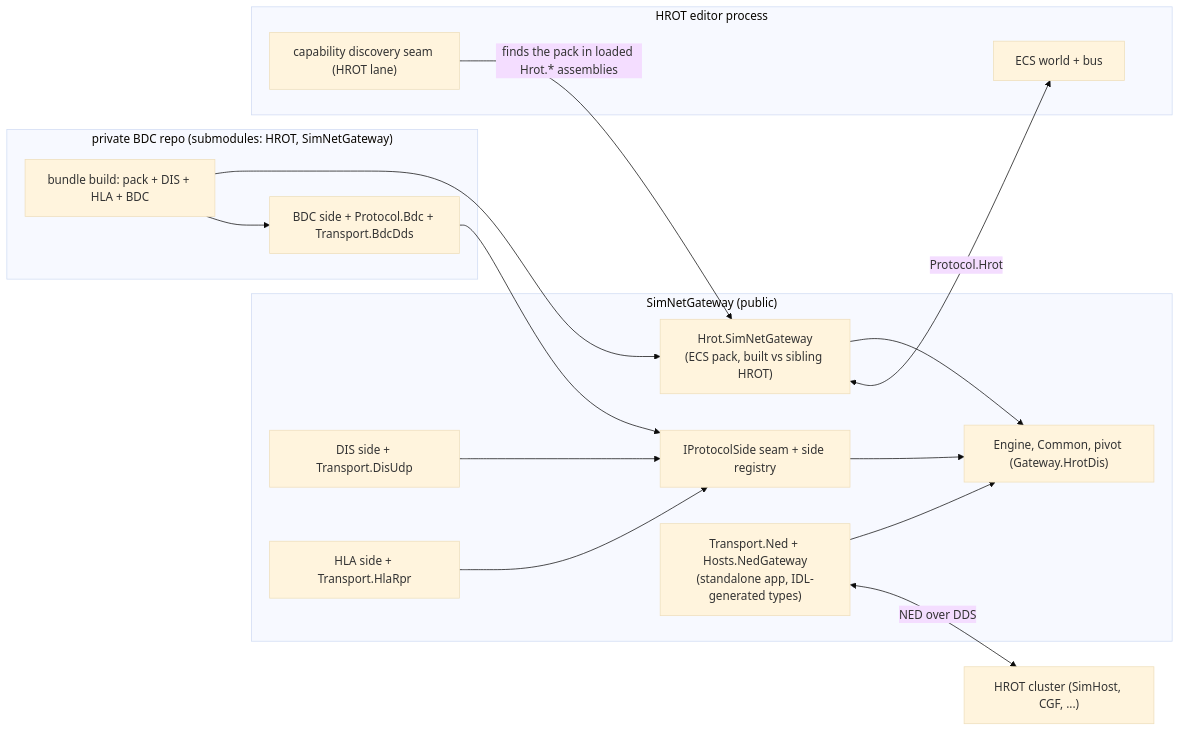
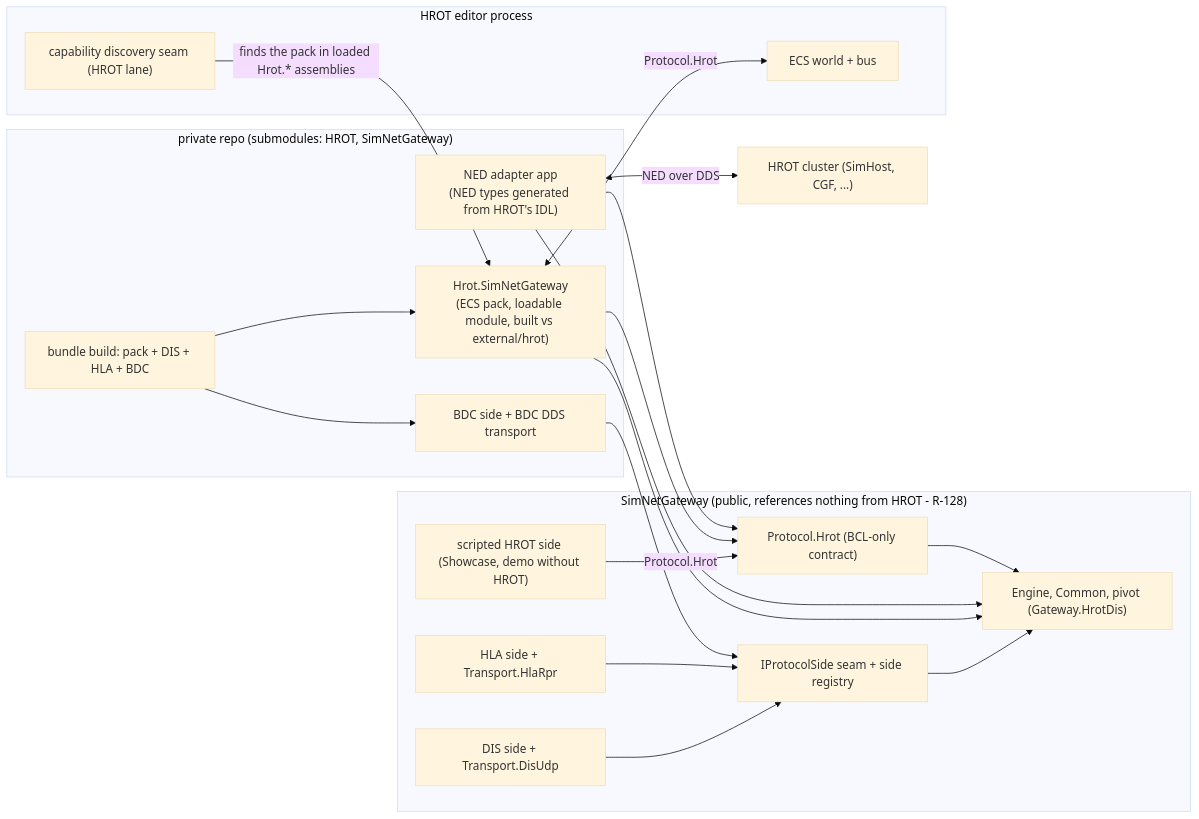
One commit to pjanec/SimNetGateway changed the first of 4 diagrams in docs/design/DD-011-Hrot-Adapters-Loadable-Module-And-Protocol-Sides.md. Above: the diagram before and after it, drawn with Mermaid (base theme). The commit also changed other lines of this file, not shown here.

Commit message:
T-026: DD-011 block diagram follows R-128 (pack, NED adapter and BDC in the private repo; SimNetGateway demos through the scripted HROT side); P-105 decision text marked replaced
Claude-Session: https://claude.ai/code/session_01NDPB7Jp7jQzPr73u2CdgiP

````diff
--- a/docs/design/DD-011-Hrot-Adapters-Loadable-Module-And-Protocol-Sides.md
+++ b/docs/design/DD-011-Hrot-Adapters-Loadable-Module-And-Protocol-Sides.md
@@ -33,30 +33,36 @@
 ```mermaid
 flowchart LR
-    subgraph PUB["SimNetGateway (public)"]
+    subgraph PUB["SimNetGateway (public, references nothing from HROT - R-128)"]
         CORE["Engine, Common, pivot (Gateway.HrotDis)"]
+        CONTRACT["Protocol.Hrot (BCL-only contract)"]
         SEAM["IProtocolSide seam + side registry"]
         DIS["DIS side + Transport.DisUdp"]
         HLA["HLA side + Transport.HlaRpr"]
-        PACK["Hrot.SimNetGateway<br/>(ECS pack, built vs sibling HROT)"]
-        NEDA["Transport.Ned + Hosts.NedGateway<br/>(standalone app, IDL-generated types)"]
+        SCRIPT["scripted HROT side (Showcase, demo without HROT)"]
     end
-    subgraph PRIV["private BDC repo (submodules: HROT, SimNetGateway)"]
-        BDC["BDC side + Protocol.Bdc + Transport.BdcDds"]
+    subgraph PRIV["private repo (submodules: HROT, SimNetGateway)"]
+        PACK["Hrot.SimNetGateway<br/>(ECS pack, loadable module, built vs external/hrot)"]
+        NEDA["NED adapter app<br/>(NED types generated from HROT's IDL)"]
+        BDC["BDC side + BDC DDS transport"]
         BUNDLE["bundle build: pack + DIS + HLA + BDC"]
     end
     subgraph HROT["HROT editor process"]
         DISC["capability discovery seam (HROT lane)"]
         ECS["ECS world + bus"]
     end
     DIS --> SEAM
     HLA --> SEAM
     BDC --> SEAM
     SEAM --> CORE
     PACK --> CORE
     NEDA --> CORE
+    SCRIPT -->|"Protocol.Hrot"| CONTRACT
+    PACK --> CONTRACT
+    NEDA --> CONTRACT
+    CONTRACT --> CORE
     BUNDLE --> PACK
     BUNDLE --> BDC
     DISC -->|"finds the pack in loaded Hrot.* assemblies"| PACK
     PACK <-->|"Protocol.Hrot"| ECS
     NEDA <-->|"NED over DDS"| CLUSTER["HROT cluster (SimHost, CGF, ...)"]
 ```
````
